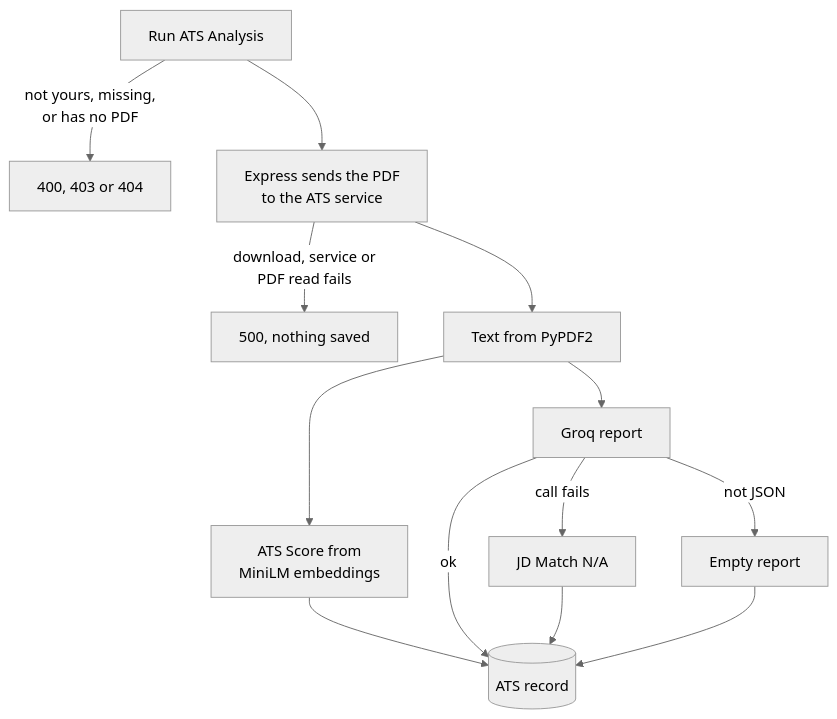
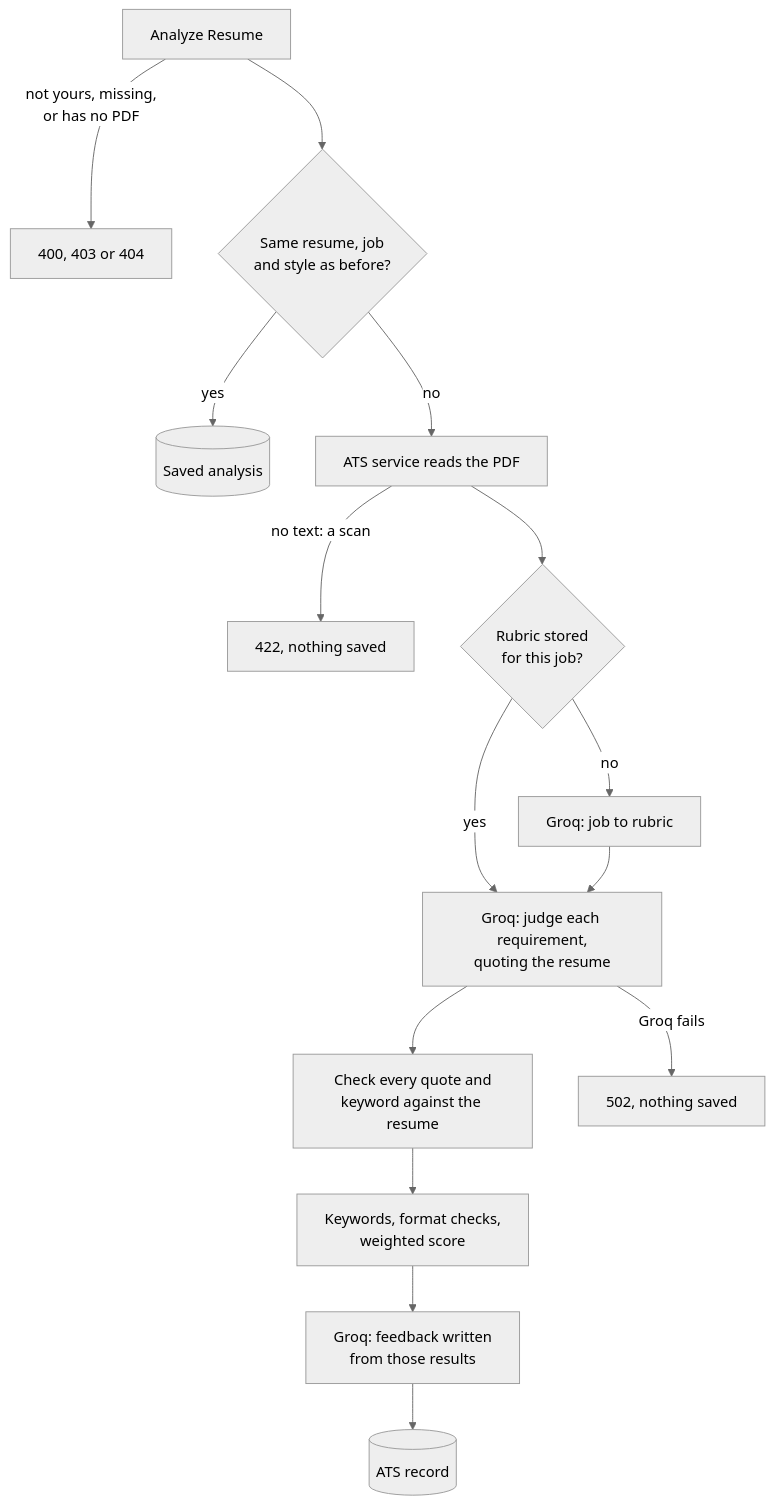
Before and after one commit to LekhNayak/InterviewMate-AI_Mock_Interview_Platform: the diagram in docs/resume-and-ats.md, drawn with Mermaid (neutral theme). The commit also changed other lines of this file and 42 other files, not shown here.

Commit message:
feat: evidence-based resume analyzer that runs on Vercel, with a full-width report

````diff
--- a/docs/resume-and-ats.md
+++ b/docs/resume-and-ats.md
@@ -60,16 +97,18 @@
 ```mermaid
 flowchart TB
-    run["Run ATS Analysis"]
+    run["Analyze Resume"]
     run -->|"not yours, missing,<br/>or has no PDF"| err1["400, 403 or 404"]
-    run --> pdf["Express sends the PDF<br/>to the ATS service"]
-    pdf -->|"download, service or<br/>PDF read fails"| err2["500, nothing saved"]
-    pdf --> text["Text from PyPDF2"]
-    text --> emb["ATS Score from<br/>MiniLM embeddings"]
-    text --> llm["Groq report"]
-    llm -->|"call fails"| na["JD Match N/A"]
-    llm -->|"not JSON"| raw["Empty report"]
-    emb --> save[("ATS record")]
-    llm -->|ok| save
-    na --> save
-    raw --> save
+    run --> same{"Same resume, job<br/>and style as before?"}
+    same -->|yes| old[("Saved analysis")]
+    same -->|no| svc["ATS service reads the PDF"]
+    svc -->|"no text: a scan"| err2["422, nothing saved"]
+    svc --> rub{"Rubric stored<br/>for this job?"}
+    rub -->|no| ext["Groq: job to rubric"]
+    rub -->|yes| judge
+    ext --> judge["Groq: judge each requirement,<br/>quoting the resume"]
+    judge --> ver["Check every quote and<br/>keyword against the resume"]
+    ver --> score["Keywords, format checks,<br/>weighted score"]
+    score --> coach["Groq: feedback written<br/>from those results"]
+    coach --> save[("ATS record")]
+    judge -->|"Groq fails"| err3["502, nothing saved"]
 ```
````
